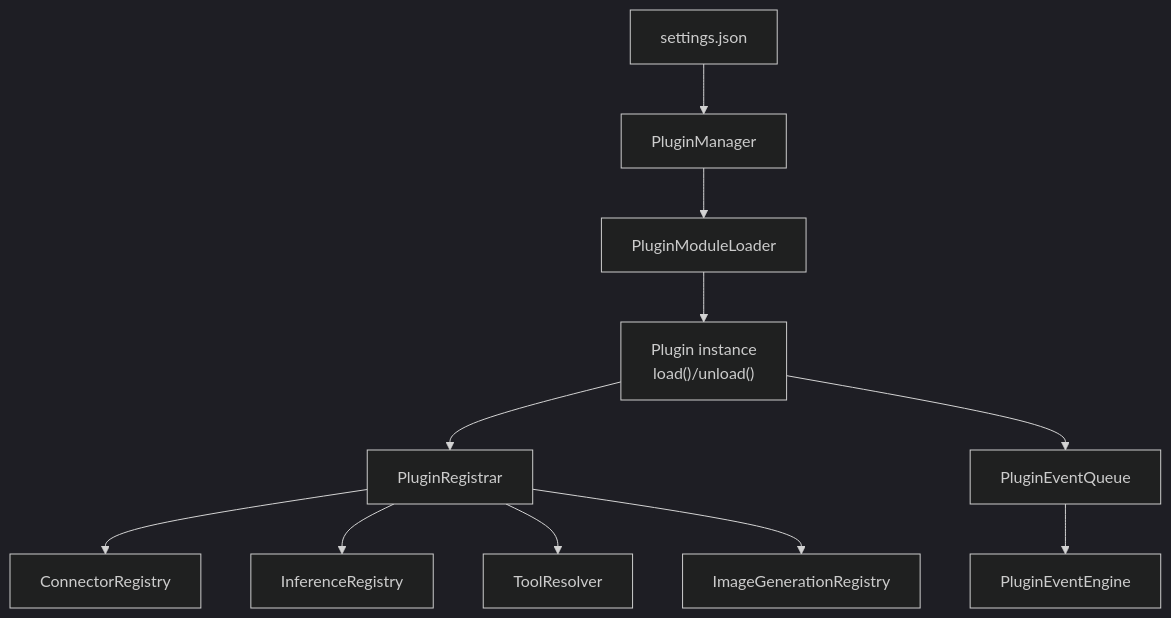
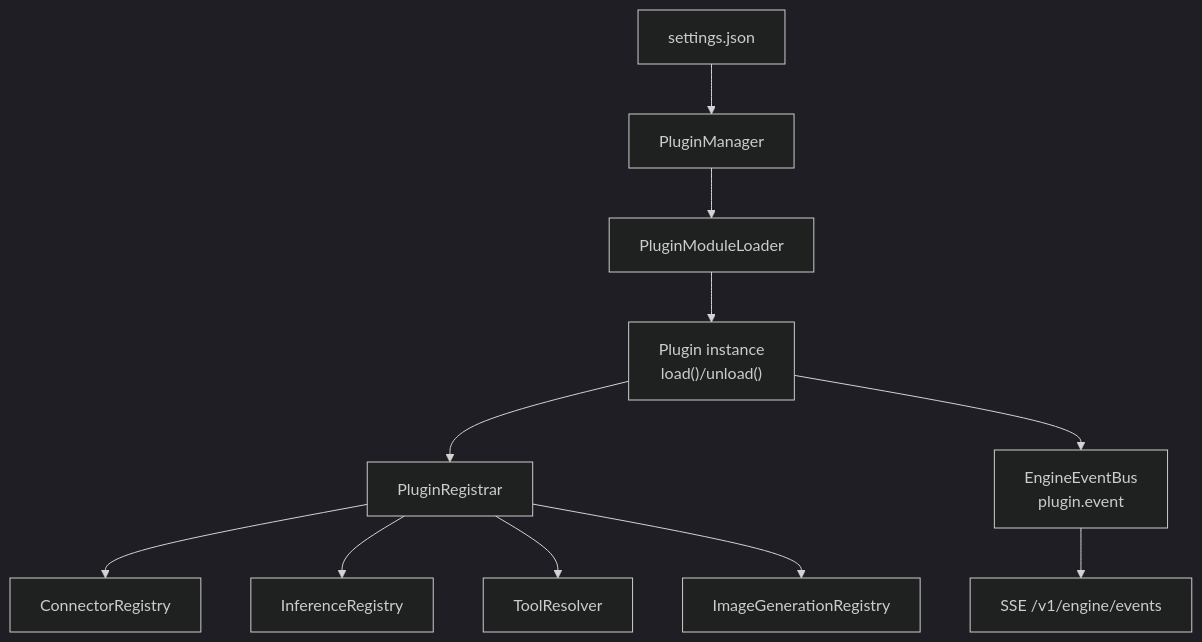
The diagram in docs/plugins.md (ex3ndr/daycare), drawn with Mermaid (dark theme) before and after one commit. The commit also changed other lines of this file and 76 other files, not shown here.

````diff
--- a/docs/plugins.md
+++ b/docs/plugins.md
@@ -91,13 +91,13 @@
 ```mermaid
 flowchart TD
   Settings["settings.json"] --> Manager["PluginManager"]
   Manager --> Loader["PluginModuleLoader"]
   Loader --> Plugin["Plugin instance<br/>load()/unload()"]
   Plugin --> Registrar["PluginRegistrar"]
-  Plugin --> Events["PluginEventQueue"]
+  Plugin --> Events["EngineEventBus<br/>plugin.event"]
   Registrar --> Connectors["ConnectorRegistry"]
   Registrar --> Inference["InferenceRegistry"]
   Registrar --> Tools["ToolResolver"]
   Registrar --> Images["ImageGenerationRegistry"]
-  Events --> Engine["PluginEventEngine"]
+  Events --> Engine["SSE /v1/engine/events"]
 ```
````
